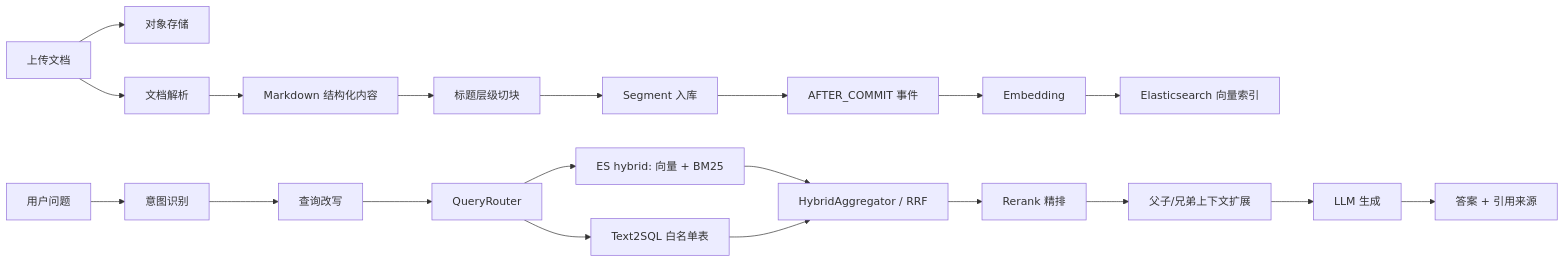
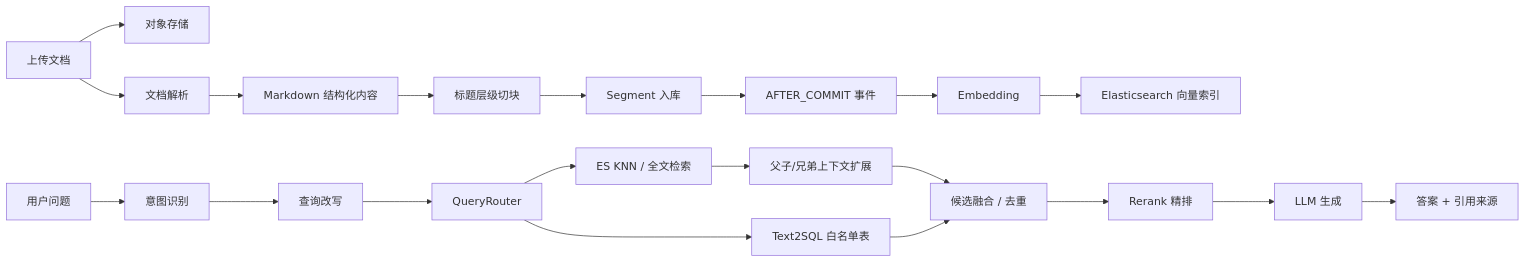
Before and after one commit to zhanglinrun/ai-interview: the diagram in README.md, drawn with Mermaid. The commit also changed other lines of this file and 45 other files, not shown here.

````diff
--- a/README.md
+++ b/README.md
@@ -83,23 +84,23 @@
 ```mermaid
 flowchart LR
   A["上传文档"] --> B["对象存储"]
   A --> C["文档解析"]
   C --> D["Markdown 结构化内容"]
   D --> E["标题层级切块"]
   E --> F["Segment 入库"]
   F --> G["AFTER_COMMIT 事件"]
   G --> H["Embedding"]
   H --> I["Elasticsearch 向量索引"]
 
   Q["用户问题"] --> R["意图识别"]
   R --> S["查询改写"]
   S --> T["QueryRouter"]
-  T --> U1["ES hybrid: 向量 + BM25"]
+  T --> U1["ES KNN / 全文检索"]
   T --> U2["Text2SQL 白名单表"]
-  U1 --> V["HybridAggregator / RRF"]
+  U1 --> X["父子/兄弟上下文扩展"]
+  X --> V["候选融合 / 去重"]
   U2 --> V
   V --> W["Rerank 精排"]
-  W --> X["父子/兄弟上下文扩展"]
-  X --> Y["LLM 生成"]
+  W --> Y["LLM 生成"]
   Y --> Z["答案 + 引用来源"]
 ```
````
